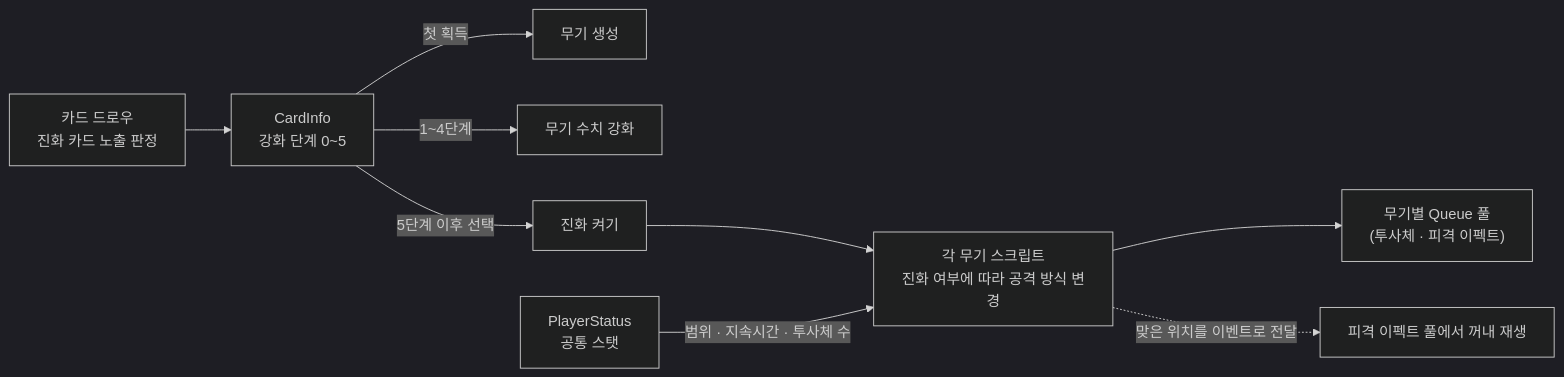
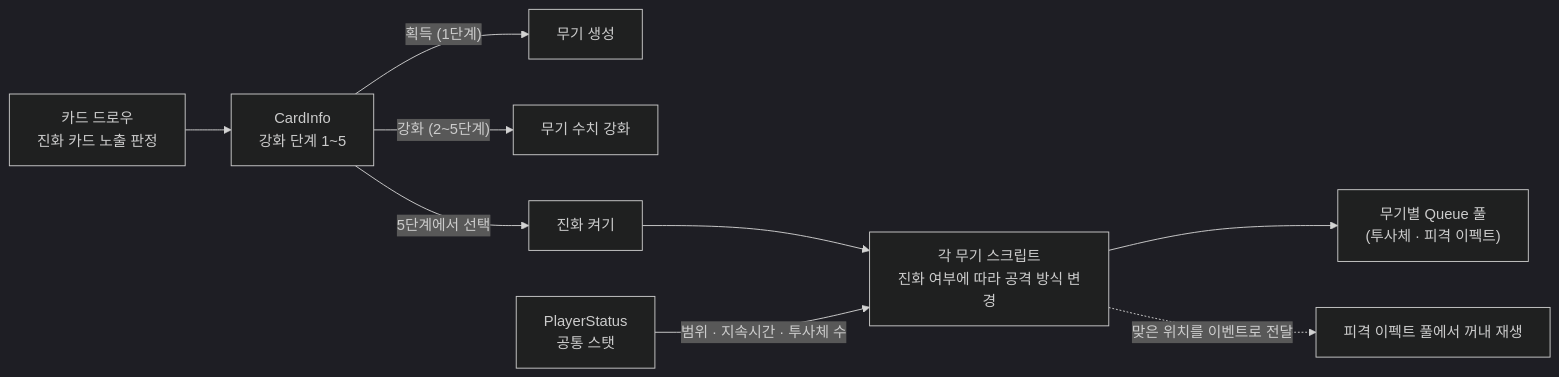
One commit to NaJungWon/portfolio changed the eighth of 11 diagrams in src/03-dgs/기술문서.md. Above: the diagram before and after it, drawn with Mermaid (dark theme). The commit also changed other lines of this file, not shown here.

````diff
--- a/src/03-dgs/기술문서.md
+++ b/src/03-dgs/기술문서.md
@@ -551,11 +564,11 @@
 ```mermaid
 flowchart LR
-    SC["카드 드로우<br/>진화 카드 노출 판정"] --> CI["CardInfo<br/>강화 단계 0~5"]
-    CI -->|"첫 획득"| NEW["무기 생성"]
-    CI -->|"1~4단계"| UP["무기 수치 강화"]
-    CI -->|"5단계 이후 선택"| AR["진화 켜기"]
+    SC["카드 드로우<br/>진화 카드 노출 판정"] --> CI["CardInfo<br/>강화 단계 1~5"]
+    CI -->|"획득 (1단계)"| NEW["무기 생성"]
+    CI -->|"강화 (2~5단계)"| UP["무기 수치 강화"]
+    CI -->|"5단계에서 선택"| AR["진화 켜기"]
     AR --> W["각 무기 스크립트<br/>진화 여부에 따라 공격 방식 변경"]
     PST["PlayerStatus<br/>공통 스탯"] -->|"범위 · 지속시간 · 투사체 수"| W
     W --> POOL["무기별 Queue 풀<br/>(투사체 · 피격 이펙트)"]
     W -.->|"맞은 위치를 이벤트로 전달"| FX["피격 이펙트 풀에서 꺼내 재생"]
 ```
````
